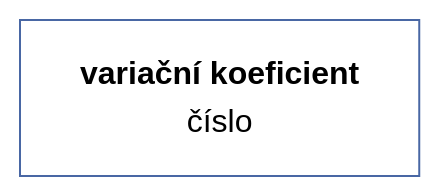
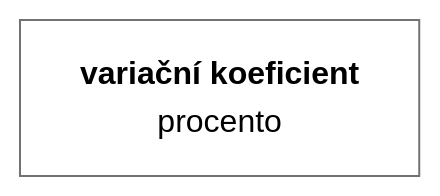
One commit to muzikp/retusa changed diagram 14 of 24 in docs/cs-CZ/vector.md. Above: the diagram before and after it, drawn with Mermaid (forest theme). The commit also changed 13 other files, not shown here.

````diff
--- a/docs/cs-CZ/vector.md
+++ b/docs/cs-CZ/vector.md
@@ -391,7 +391,7 @@
 ```mermaid
 graph TD
-varc[<b>variační koeficient<br></b>číslo]
+varc[<b>variační koeficient<br></b>procento]
 style varc fill:#FFFFFF;
-style varc stroke:#4967A4;
+style varc stroke:#75716F;
 
 ```
````
